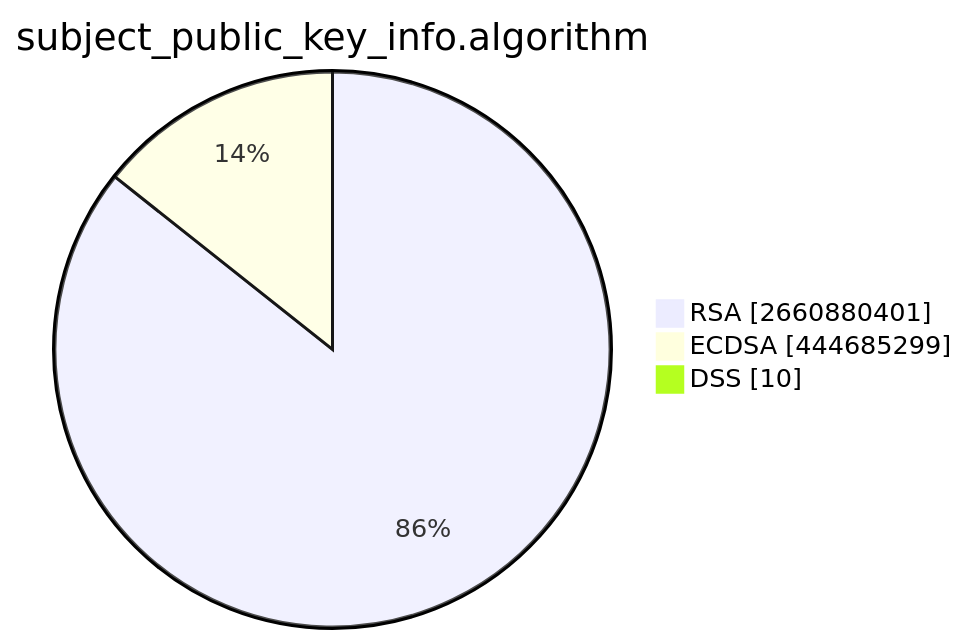
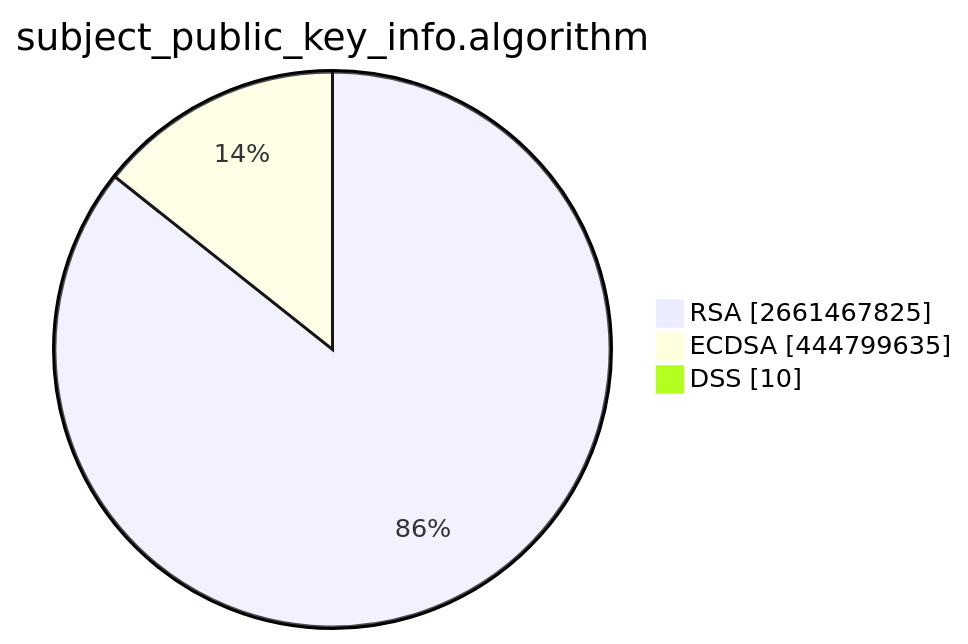
The second of 15 diagrams in TOTAL/README.md (christiankrug/ctmonitor_visualization), drawn with Mermaid before and after one commit. The commit also changed other lines of this file, not shown here.

````diff
--- a/TOTAL/README.md
+++ b/TOTAL/README.md
@@ -6,7 +6,7 @@
 ```mermaid
 pie showData
 title subject_public_key_info.algorithm
-"RSA" :2660880401
-"ECDSA" :444685299
+"RSA" :2661467825
+"ECDSA" :444799635
 "DSS" :10
 ```
````
